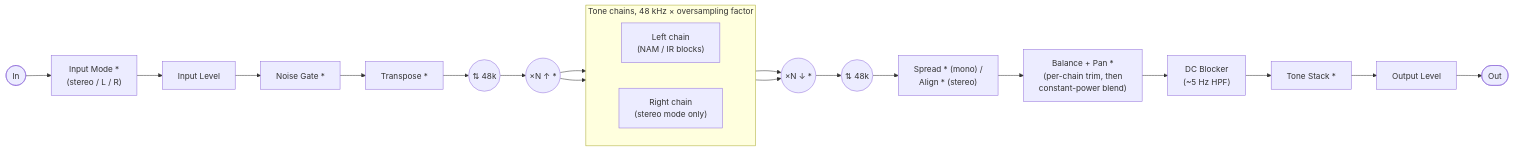
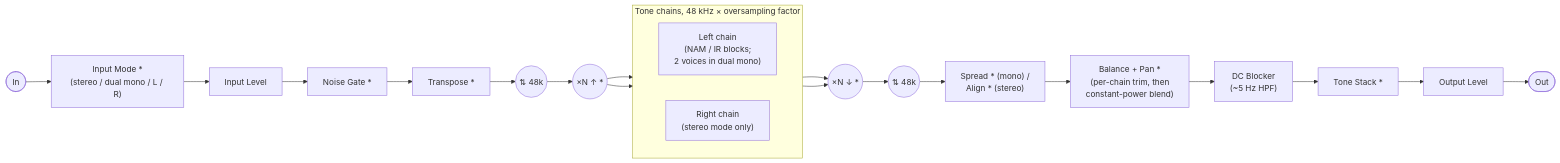
One commit to ship-guitar-clonetones/zynamfx changed the first of 2 diagrams in README.md. Above: the diagram before and after it, drawn with Mermaid. The commit also changed other lines of this file and 27 other files, not shown here.

Commit message:
dual mono mode for stereo input on mono chains see issue #17

````diff
--- a/README.md
+++ b/README.md
@@ -184,25 +184,25 @@
 ```mermaid
 flowchart LR
-    IN([In]) --> IM["Input Mode *\n(stereo / L / R)"]
+    IN([In]) --> IM["Input Mode *\n(stereo / dual mono / L / R)"]
     IM --> IG["Input Level"]
     IG --> GATE["Noise Gate *"]
     GATE --> TR["Transpose *"]
     TR --> RS(("⇅ 48k"))
     RS --> OS(("×N ↑ *"))
     subgraph CHAINS["Tone chains, 48 kHz × oversampling factor"]
         direction LR
-        CL["Left chain\n(NAM / IR blocks)"]
+        CL["Left chain\n(NAM / IR blocks;\n2 voices in dual mono)"]
         CR["Right chain\n(stereo mode only)"]
     end
     OS --> CL
     OS --> CR
     CL --> OS2(("×N ↓ *"))
     CR --> OS2
     OS2 --> RS2(("⇅ 48k"))
     RS2 --> IMAGE["Spread * (mono) /\nAlign * (stereo)"]
     IMAGE --> PAN["Balance + Pan *\n(per-chain trim, then\nconstant-power blend)"]
     PAN --> DCB["DC Blocker\n(~5 Hz HPF)"]
     DCB --> TS["Tone Stack *"]
     TS --> OG["Output Level"]
     OG --> OUT([Out])
 ```
````
